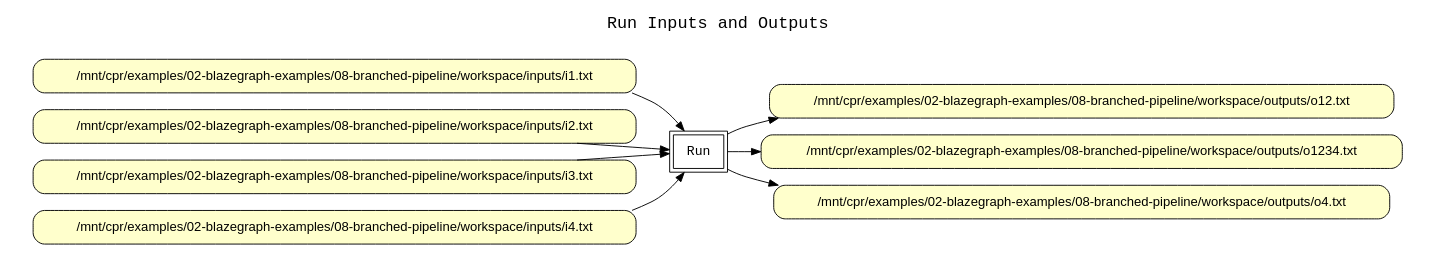
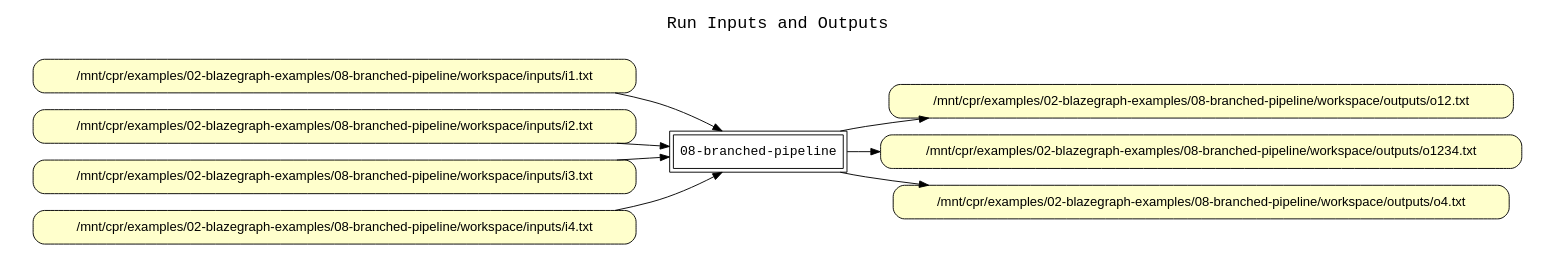
Before and after one commit to CIRSS/cpr: the diagram in examples/02-blazegraph-examples/08-branched-pipeline/run/graph-1.gv, drawn with Graphviz. The commit also changed other lines of this file and 58 other files, not shown here.

```diff
--- a/examples/02-blazegraph-examples/08-branched-pipeline/run/graph-1.gv
+++ b/examples/02-blazegraph-examples/08-branched-pipeline/run/graph-1.gv
@@ -1,54 +1,55 @@
+
 
 digraph cpr_run {
 rankdir=LR
 fontname=Courier; fontsize=18; labelloc=t
 label="Run Inputs and Outputs"
 
 node[shape=box style="filled" fillcolor="#FFFFFF" peripheries=2 fontname=Courier]
-Run
+"run" [label="08-branched-pipeline"]
 
 subgraph cluster_input_files { label=""; color=white; penwidth=0
 subgraph cluster_input_files_inner { label=""; color=white
 node[shape=box style="rounded,filled" fillcolor="#FFFFCC" peripheries=1 fontname=Helvetica]
 
 "/mnt/cpr/examples/02-blazegraph-examples/08-branched-pipeline/workspace/inputs/i1.txt" [label="/mnt/cpr/examples/02-blazegraph-examples/08-branched-pipeline/workspace/inputs/i1.txt"]
 
 "/mnt/cpr/examples/02-blazegraph-examples/08-branched-pipeline/workspace/inputs/i2.txt" [label="/mnt/cpr/examples/02-blazegraph-examples/08-branched-pipeline/workspace/inputs/i2.txt"]
 
 "/mnt/cpr/examples/02-blazegraph-examples/08-branched-pipeline/workspace/inputs/i3.txt" [label="/mnt/cpr/examples/02-blazegraph-examples/08-branched-pipeline/workspace/inputs/i3.txt"]
 
 "/mnt/cpr/examples/02-blazegraph-examples/08-branched-pipeline/workspace/inputs/i4.txt" [label="/mnt/cpr/examples/02-blazegraph-examples/08-branched-pipeline/workspace/inputs/i4.txt"]
 
 }}
 
 
-"/mnt/cpr/examples/02-blazegraph-examples/08-branched-pipeline/workspace/inputs/i1.txt" -> "Run"
+"/mnt/cpr/examples/02-blazegraph-examples/08-branched-pipeline/workspace/inputs/i1.txt" -> "run"
 
-"/mnt/cpr/examples/02-blazegraph-examples/08-branched-pipeline/workspace/inputs/i2.txt" -> "Run"
+"/mnt/cpr/examples/02-blazegraph-examples/08-branched-pipeline/workspace/inputs/i2.txt" -> "run"
 
-"/mnt/cpr/examples/02-blazegraph-examples/08-branched-pipeline/workspace/inputs/i3.txt" -> "Run"
+"/mnt/cpr/examples/02-blazegraph-examples/08-branched-pipeline/workspace/inputs/i3.txt" -> "run"
 
-"/mnt/cpr/examples/02-blazegraph-examples/08-branched-pipeline/workspace/inputs/i4.txt" -> "Run"
+"/mnt/cpr/examples/02-blazegraph-examples/08-branched-pipeline/workspace/inputs/i4.txt" -> "run"
 
 
 subgraph cluster_output_files { label=""; color=white; penwidth=0
 subgraph cluster_output_files_inner { label=""; color=white
 node[shape=box style="rounded,filled" fillcolor="#FFFFCC" peripheries=1 fontname=Helvetica]
 
 "/mnt/cpr/examples/02-blazegraph-examples/08-branched-pipeline/workspace/outputs/o12.txt" [label="/mnt/cpr/examples/02-blazegraph-examples/08-branched-pipeline/workspace/outputs/o12.txt"]
 
 "/mnt/cpr/examples/02-blazegraph-examples/08-branched-pipeline/workspace/outputs/o1234.txt" [label="/mnt/cpr/examples/02-blazegraph-examples/08-branched-pipeline/workspace/outputs/o1234.txt"]
 
 "/mnt/cpr/examples/02-blazegraph-examples/08-branched-pipeline/workspace/outputs/o4.txt" [label="/mnt/cpr/examples/02-blazegraph-examples/08-branched-pipeline/workspace/outputs/o4.txt"]
 
 }}
 
 
-"Run" -> "/mnt/cpr/examples/02-blazegraph-examples/08-branched-pipeline/workspace/outputs/o12.txt"
+"run" -> "/mnt/cpr/examples/02-blazegraph-examples/08-branched-pipeline/workspace/outputs/o12.txt"
 
-"Run" -> "/mnt/cpr/examples/02-blazegraph-examples/08-branched-pipeline/workspace/outputs/o1234.txt"
+"run" -> "/mnt/cpr/examples/02-blazegraph-examples/08-branched-pipeline/workspace/outputs/o1234.txt"
 
-"Run" -> "/mnt/cpr/examples/02-blazegraph-examples/08-branched-pipeline/workspace/outputs/o4.txt"
+"run" -> "/mnt/cpr/examples/02-blazegraph-examples/08-branched-pipeline/workspace/outputs/o4.txt"
 
 
 }
```
